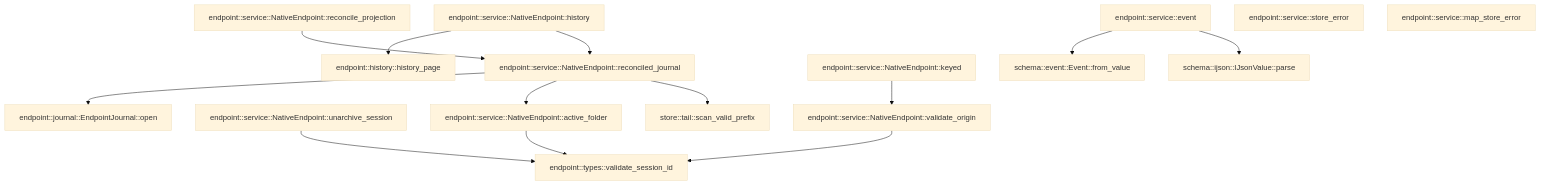
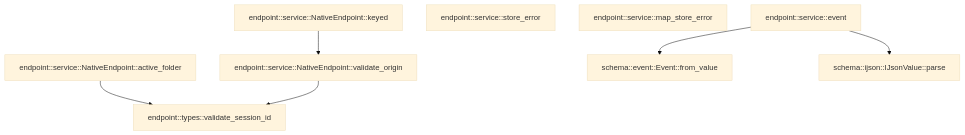
Before and after one commit to TekesApps/TekesKernel: the third of 3 diagrams in crates/endpoint/docs/generated/src--service.md, drawn with Mermaid (base theme). The commit also changed other lines of this file and 278 other files, not shown here.

````diff
--- a/crates/endpoint/docs/generated/src--service.md
+++ b/crates/endpoint/docs/generated/src--service.md
@@ -264,31 +263,17 @@
 ```mermaid
 flowchart TD
-  n0["endpoint::history::history_page"]
-  n1["endpoint::journal::EndpointJournal::open"]
-  n2["endpoint::service::NativeEndpoint::unarchive_session"]
-  n3["endpoint::service::NativeEndpoint::reconcile_projection"]
-  n4["endpoint::service::NativeEndpoint::reconciled_journal"]
-  n5["endpoint::service::NativeEndpoint::history"]
-  n6["endpoint::service::NativeEndpoint::keyed"]
-  n7["endpoint::service::NativeEndpoint::validate_origin"]
-  n8["endpoint::service::NativeEndpoint::active_folder"]
-  n9["endpoint::service::event"]
-  n10["endpoint::service::store_error"]
-  n11["endpoint::service::map_store_error"]
-  n12["endpoint::types::validate_session_id"]
-  n13["schema::event::Event::from_value"]
-  n14["schema::ijson::IJsonValue::parse"]
-  n15["store::tail::scan_valid_prefix"]
-  n2 --> n12
-  n3 --> n4
-  n4 --> n1
-  n4 --> n8
-  n4 --> n15
-  n5 --> n0
-  n5 --> n4
-  n6 --> n7
-  n7 --> n12
-  n8 --> n12
-  n9 --> n13
-  n9 --> n14
+  n0["endpoint::service::NativeEndpoint::active_folder"]
+  n1["endpoint::service::event"]
+  n2["endpoint::service::store_error"]
+  n3["endpoint::service::map_store_error"]
+  n4["endpoint::service::NativeEndpoint::keyed"]
+  n5["endpoint::service::NativeEndpoint::validate_origin"]
+  n6["endpoint::types::validate_session_id"]
+  n7["schema::event::Event::from_value"]
+  n8["schema::ijson::IJsonValue::parse"]
+  n0 --> n6
+  n1 --> n7
+  n1 --> n8
+  n4 --> n5
+  n5 --> n6
 ```
````
